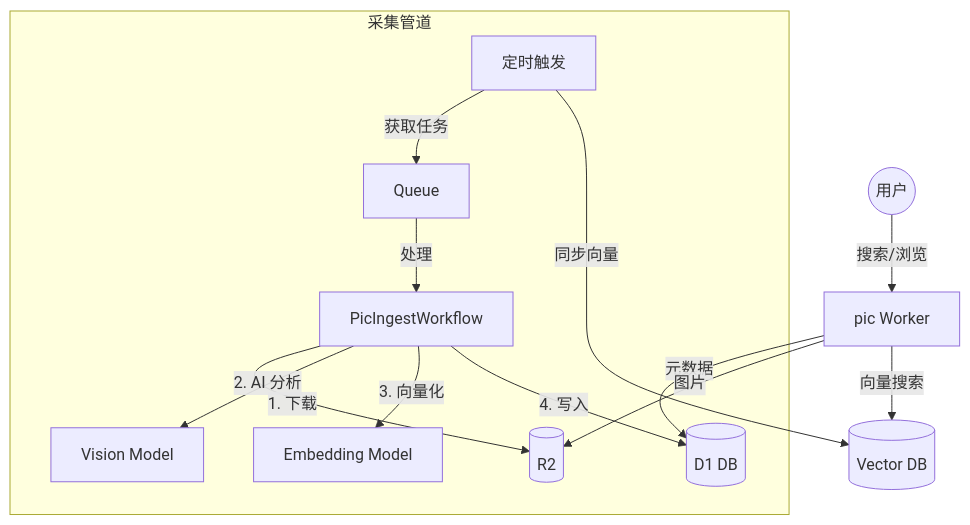
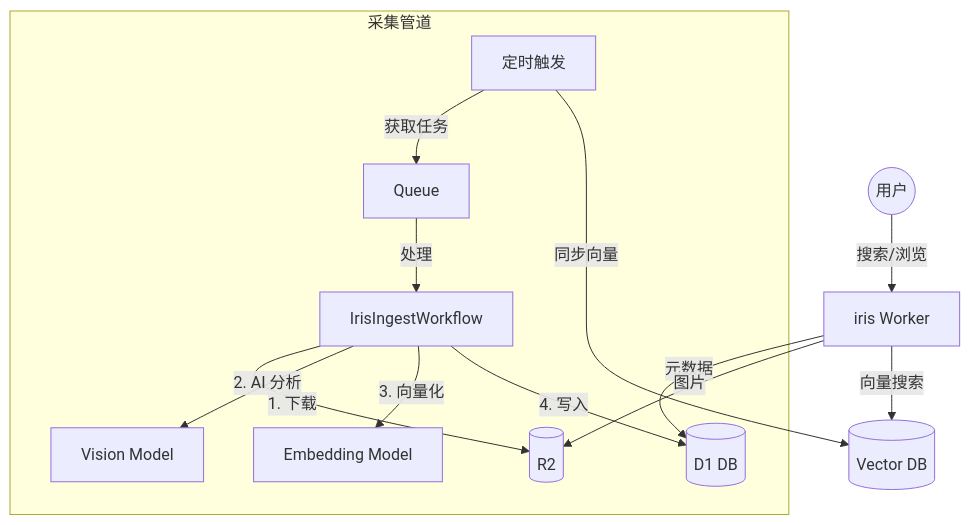
The diagram in docs/architecture/DESIGN.md (7893/lens), drawn with Mermaid before and after one commit. The commit also changed other lines of this file and 21 other files, not shown here.

Commit message:
feat: rename project from pic to iris

````diff
--- a/docs/architecture/DESIGN.md
+++ b/docs/architecture/DESIGN.md
@@ -7,18 +7,18 @@
 ```mermaid
 graph TD
-    User((用户)) -->|搜索/浏览| Worker[pic Worker]
+    User((用户)) -->|搜索/浏览| Worker[iris Worker]
     Worker -->|向量搜索| Vectorize[(Vector DB)]
     Worker -->|元数据| D1[(D1 DB)]
     Worker -->|图片| R2[(R2)]
     
     subgraph 采集管道
         Cron[定时触发] -->|获取任务| Queue[Queue]
-        Queue -->|处理| Workflow[PicIngestWorkflow]
+        Queue -->|处理| Workflow[IrisIngestWorkflow]
         Workflow -->|1. 下载| R2
         Workflow -->|2. AI 分析| AI_Vision[Vision Model]
         Workflow -->|3. 向量化| AI_Embed[Embedding Model]
         Workflow -->|4. 写入| D1
     end
     
     Cron -->|同步向量| Vectorize
 ```
````
